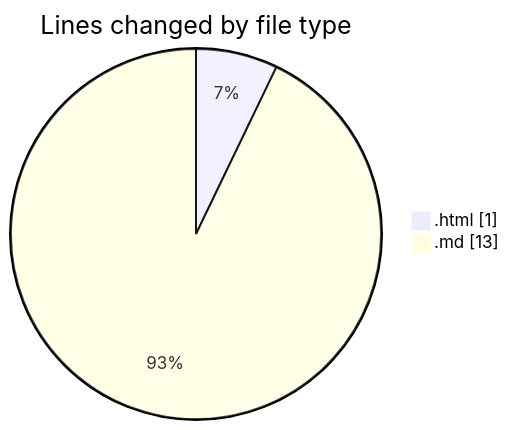
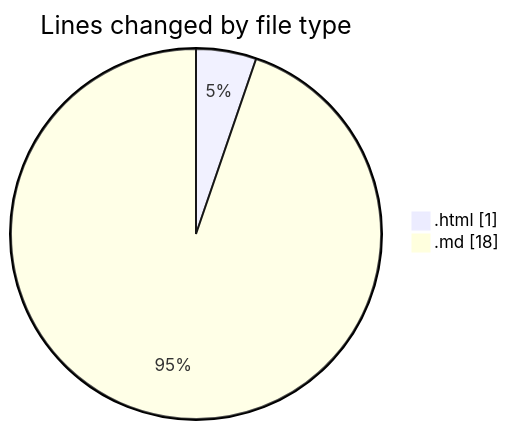
One commit to Ritupan-Deka/code-tracking changed the first of 2 diagrams in 2025-07-08/urlwebwala_intership_work/README.md. Above: the diagram before and after it, drawn with Mermaid. The commit also changed other lines of this file and 1 other file, not shown here.

````diff
--- a/2025-07-08/urlwebwala_intership_work/README.md
+++ b/2025-07-08/urlwebwala_intership_work/README.md
@@ -21,6 +21,6 @@
 ```mermaid
 pie showData
 title Lines changed by file type
 ".html" : 1
-".md" : 13
+".md" : 18
 ```
````
